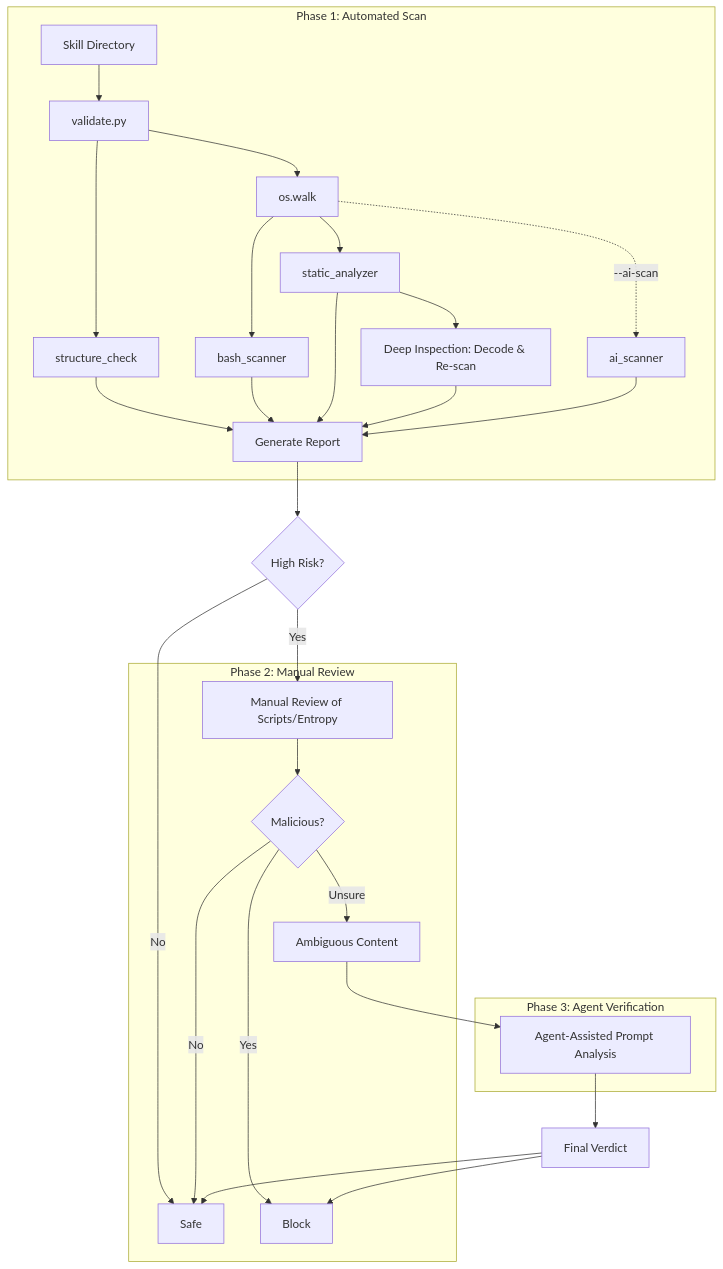
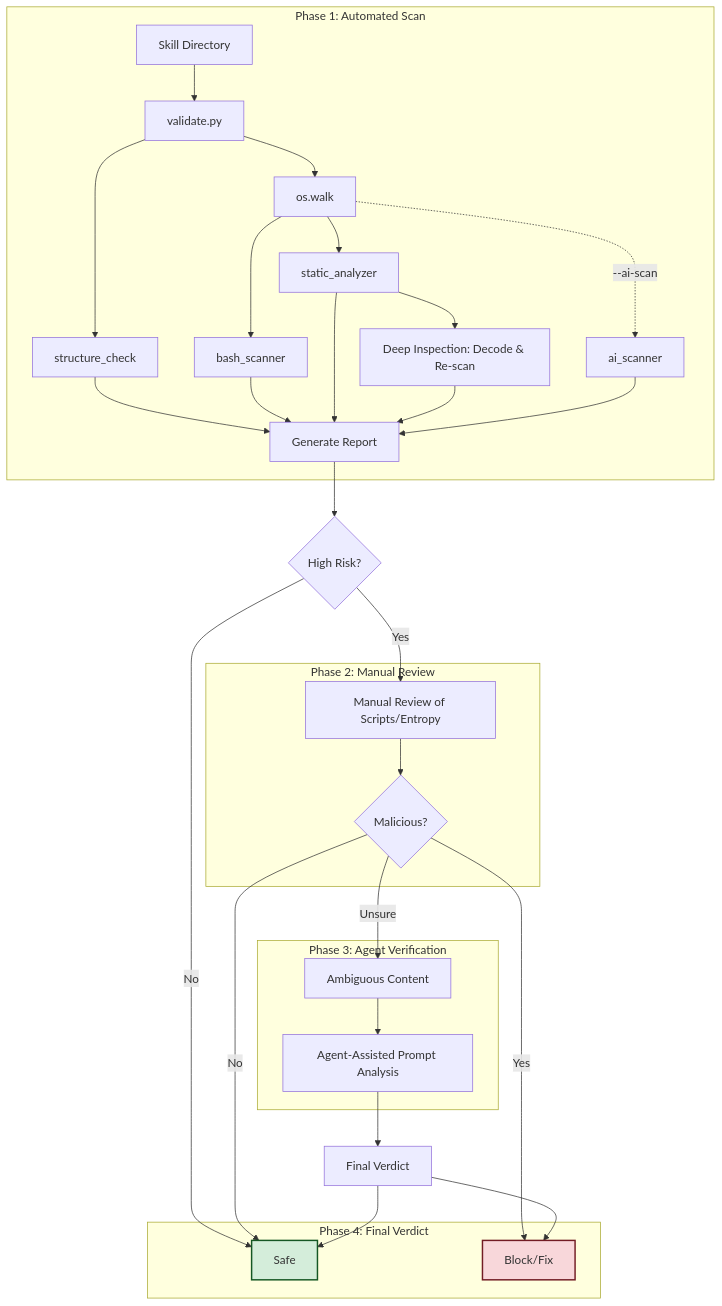
The diagram in docs/Manuals/skill-validator_manual.md (MatrixFounder/Universal-skills), drawn with Mermaid before and after one commit. The commit also changed 1 other file, not shown here.

Commit message:
skill-verifier schema refinement-2

````diff
--- a/docs/Manuals/skill-validator_manual.md
+++ b/docs/Manuals/skill-validator_manual.md
@@ -110,34 +110,46 @@
 ```mermaid
 graph TD
+    %% Phase Definitions
     subgraph Phase1 [Phase 1: Automated Scan]
         A[Skill Directory] --> B[validate.py]
         B --> C[structure_check]
         B --> D[os.walk]
         D --> E[bash_scanner]
         D --> F[static_analyzer]
         F --> G[Deep Inspection: Decode & Re-scan]
         D -.->|--ai-scan| H[ai_scanner]
         C & E & F & G & H --> I[Generate Report]
     end
 
-    I --> J{High Risk?}
-    J -- No --> Z1[Safe]
-    J -- Yes --> K
-
     subgraph Phase2 [Phase 2: Manual Review]
         K[Manual Review of Scripts/Entropy]
         K --> L{Malicious?}
-        L -- Yes --> Z2[Block]
-        L -- No --> Z1
-        L -- Unsure --> M
     end
 
     subgraph Phase3 [Phase 3: Agent Verification]
         M[Ambiguous Content]
         M --> N[Agent-Assisted Prompt Analysis]
     end
 
+    subgraph Phase4 [Phase 4: Final Verdict]
+        EndSafe[Safe]
+        EndBlock[Block/Fix]
+    end
+
+    %% Connections
+    I --> J{High Risk?}
+    J -- No --> EndSafe
+    J -- Yes --> K
+
+    L -- Yes --> EndBlock
+    L -- No --> EndSafe
+    L -- Unsure --> M
+
     N --> O[Final Verdict]
-    O --> Z1
-    O --> Z2
+    O --> EndSafe
+    O --> EndBlock
+
+    %% Styling
+    style EndSafe fill:#d4edda,stroke:#155724,stroke-width:2px
+    style EndBlock fill:#f8d7da,stroke:#721c24,stroke-width:2px
 ```
````
